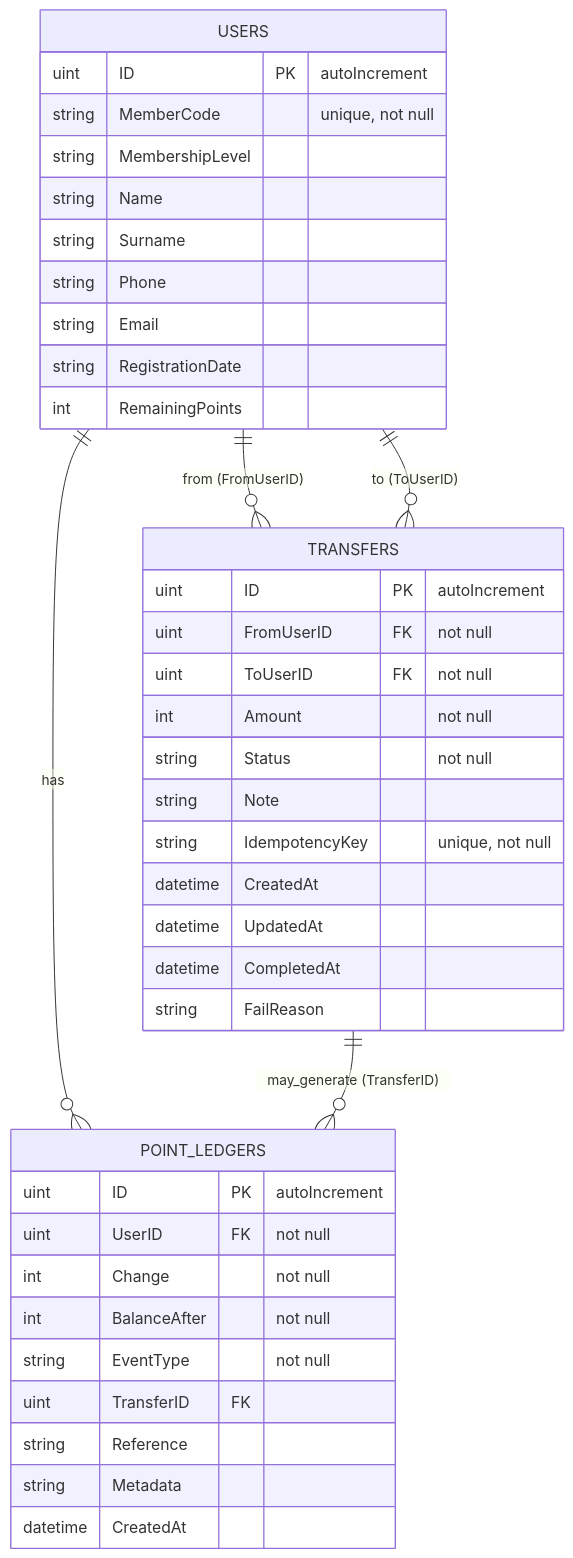
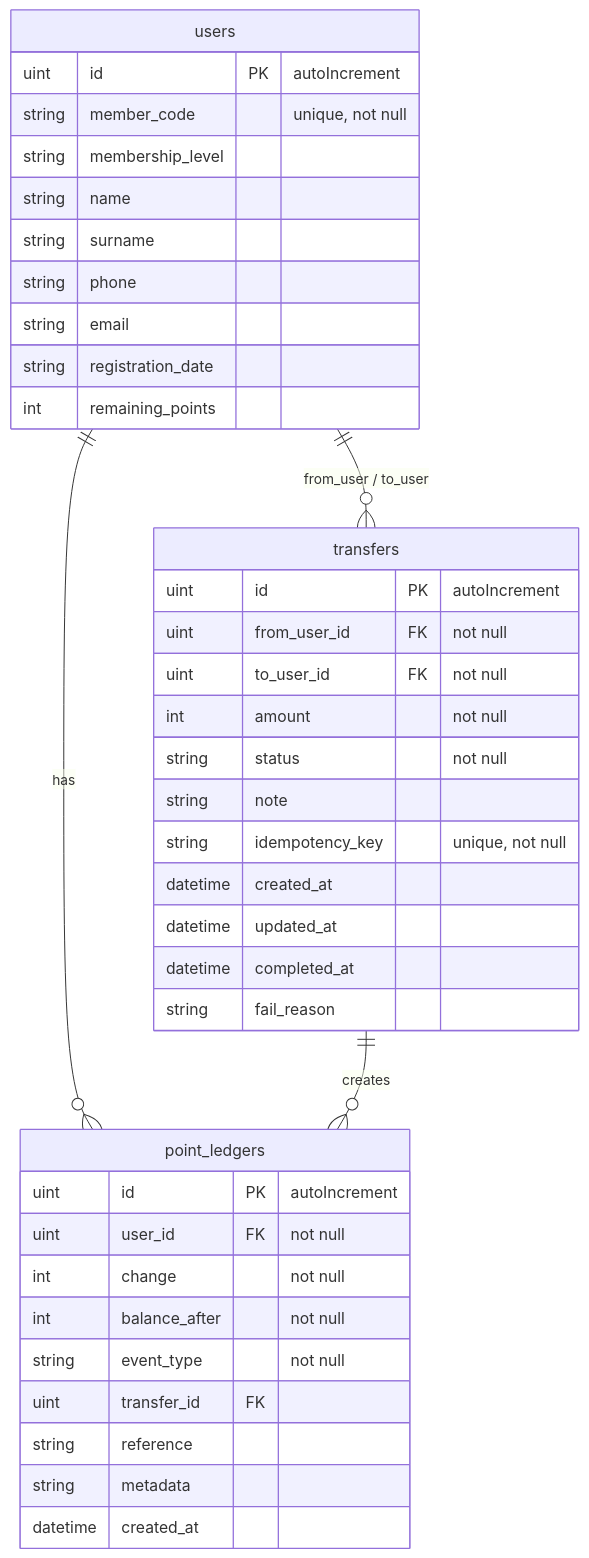
Before and after one commit to kritsana-m/ai-nov-workshop-4: the diagram in database.md, drawn with Mermaid. The commit also changed 7 other files, not shown here.

````diff
--- a/database.md
+++ b/database.md
@@ -6,50 +6,49 @@
 ```mermaid
 erDiagram
-    USERS {
-        uint ID PK "autoIncrement"
-        string MemberCode "unique, not null"
-        string MembershipLevel
-        string Name
-        string Surname
-        string Phone
-        string Email
-        string RegistrationDate
-        int RemainingPoints
+    users {
+        uint id PK "autoIncrement"
+        string member_code "unique, not null"
+        string membership_level
+        string name
+        string surname
+        string phone
+        string email
+        string registration_date
+        int remaining_points
     }
 
-    TRANSFERS {
-        uint ID PK "autoIncrement"
-        uint FromUserID FK "not null"
-        uint ToUserID FK "not null"
-        int Amount "not null"
-        string Status "not null"
-        string Note
-        string IdempotencyKey "unique, not null"
-        datetime CreatedAt
-        datetime UpdatedAt
-        datetime CompletedAt
-        string FailReason
+    transfers {
+        uint id PK "autoIncrement"
+        uint from_user_id FK "not null"
+        uint to_user_id FK "not null"
+        int amount "not null"
+        string status "not null"
+        string note
+        string idempotency_key "unique, not null"
+        datetime created_at
+        datetime updated_at
+        datetime completed_at
+        string fail_reason
     }
 
-    POINT_LEDGERS {
-        uint ID PK "autoIncrement"
-        uint UserID FK "not null"
-        int Change "not null"
-        int BalanceAfter "not null"
-        string EventType "not null"
-        uint TransferID FK
-        string Reference
-        string Metadata
-        datetime CreatedAt
+    point_ledgers {
+        uint id PK "autoIncrement"
+        uint user_id FK "not null"
+        int change "not null"
+        int balance_after "not null"
+        string event_type "not null"
+        uint transfer_id FK
+        string reference
+        string metadata
+        datetime created_at
     }
 
-    USERS ||--o{ TRANSFERS : "from (FromUserID)"
-    USERS ||--o{ TRANSFERS : "to (ToUserID)"
-    USERS ||--o{ POINT_LEDGERS : "has"
-    TRANSFERS ||--o{ POINT_LEDGERS : "may_generate (TransferID)"
+    users ||--o{ transfers : "from_user / to_user"
+    users ||--o{ point_ledgers : "has"
+    transfers ||--o{ point_ledgers : "creates"
 
     %% Notes:
     %% - Field types are approximated from Go types in `internal/models/models.go`.
     %% - `uint` and `int` map to integer types in the DB; `time.Time` mapped to datetime.
     %% - Constraints such as `uniqueIndex`, `not null`, and `index` are noted in the field comments.
 ```
````
